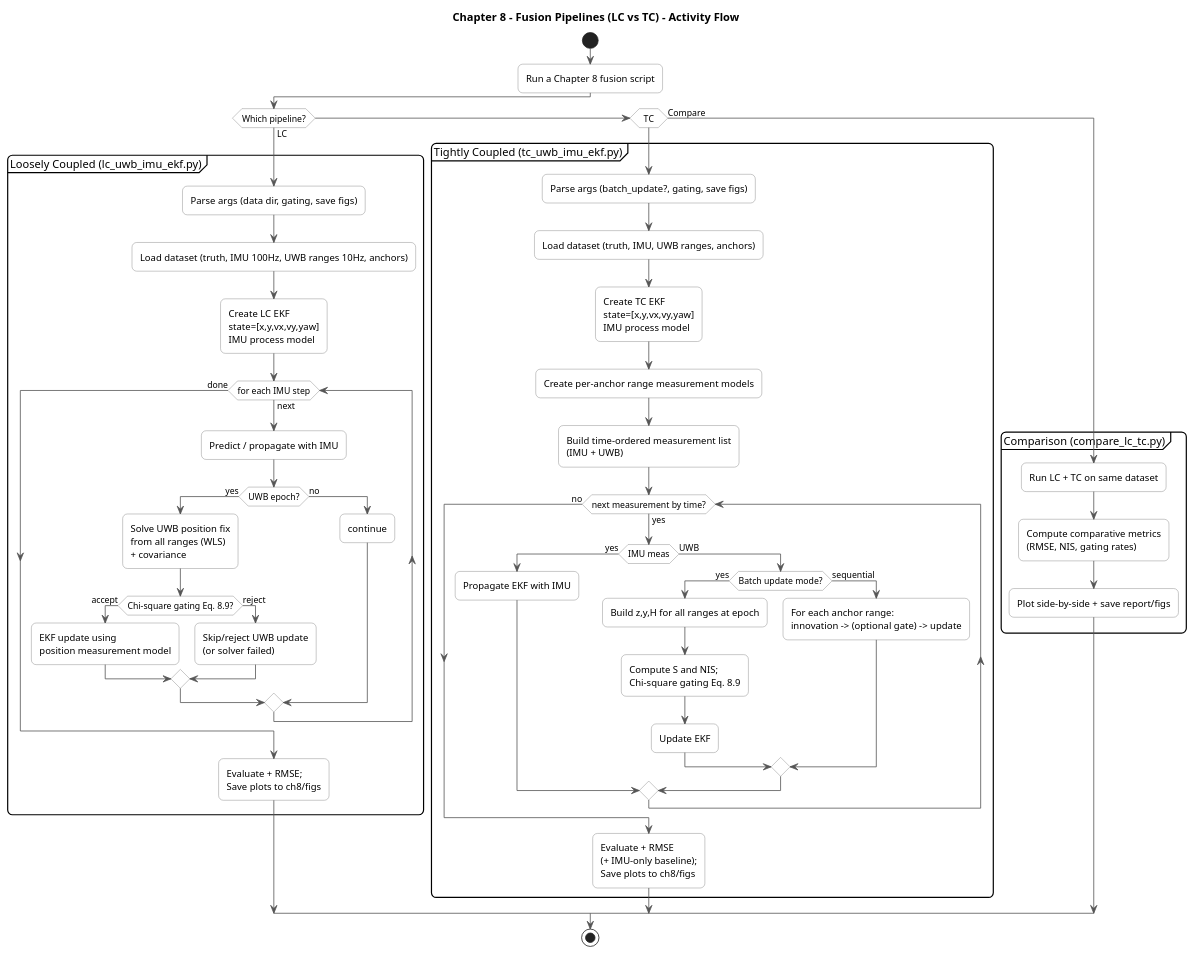
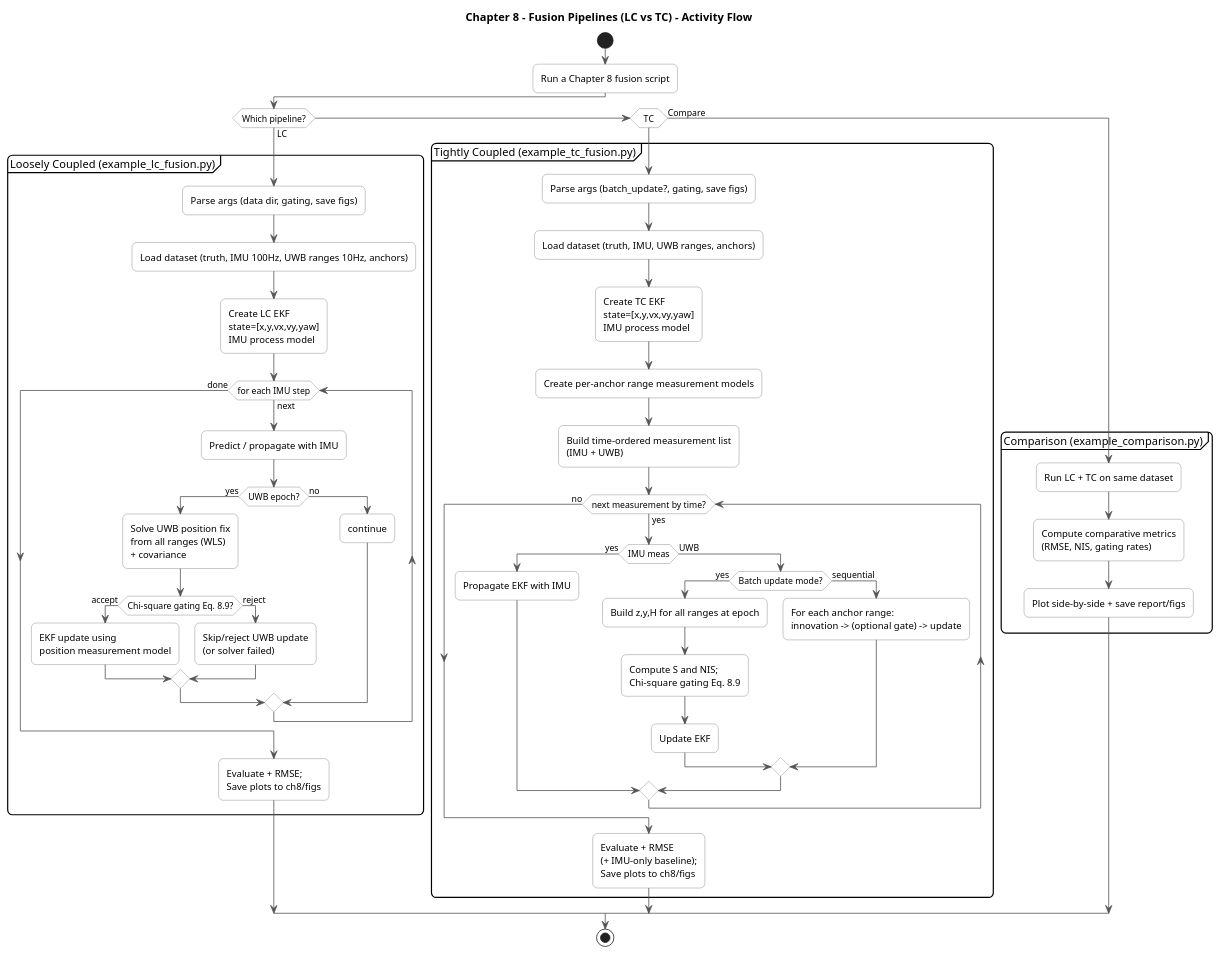
The diagram in docs/architecture/ipin_ch8_fusion_pipelines_activity.puml (IPNL-POLYU/IPIN-Examples), drawn with PlantUML before and after one commit. The commit also changed 38 other files, not shown here.

```diff
--- a/docs/architecture/ipin_ch8_fusion_pipelines_activity.puml
+++ b/docs/architecture/ipin_ch8_fusion_pipelines_activity.puml
@@ -1,63 +1,63 @@
 @startuml
 title Chapter 8 – Fusion Pipelines (LC vs TC) – Activity Flow
 skinparam shadowing false
 skinparam roundcorner 12
 skinparam activity {
   BackgroundColor white
   BorderColor #777777
   ArrowColor #555555
 }
 
 start
 :Run a Chapter 8 fusion script;
 if (Which pipeline?) then (LC)
-  partition "Loosely Coupled (lc_uwb_imu_ekf.py)" {
+  partition "Loosely Coupled (example_lc_fusion.py)" {
     :Parse args (data dir, gating, save figs);
     :Load dataset (truth, IMU 100Hz, UWB ranges 10Hz, anchors);
     :Create LC EKF\nstate=[x,y,vx,vy,yaw]\nIMU process model;
     while (for each IMU step) is (next)
       :Predict / propagate with IMU;
       if (UWB epoch?) then (yes)
         :Solve UWB position fix\nfrom all ranges (WLS)\n+ covariance;
         if (Chi-square gating Eq. 8.9?) then (accept)
           :EKF update using\nposition measurement model;
         else (reject)
           :Skip/reject UWB update\n(or solver failed);
         endif
       else (no)
         :continue;
       endif
     endwhile (done)
     :Evaluate + RMSE;\nSave plots to ch8/figs;
   }
 elseif (TC)
-  partition "Tightly Coupled (tc_uwb_imu_ekf.py)" {
+  partition "Tightly Coupled (example_tc_fusion.py)" {
     :Parse args (batch_update?, gating, save figs);
     :Load dataset (truth, IMU, UWB ranges, anchors);
     :Create TC EKF\nstate=[x,y,vx,vy,yaw]\nIMU process model;
     :Create per-anchor range measurement models;
     :Build time-ordered measurement list\n(IMU + UWB);
     while (next measurement by time?) is (yes)
       if (IMU meas) then (yes)
         :Propagate EKF with IMU;
       else (UWB)
         if (Batch update mode?) then (yes)
           :Build z,y,H for all ranges at epoch;
           :Compute S and NIS;\nChi-square gating Eq. 8.9;
           :Update EKF;
         else (sequential)
           :For each anchor range:\ninnovation -> (optional gate) -> update;
         endif
       endif
     endwhile (no)
     :Evaluate + RMSE\n(+ IMU-only baseline);\nSave plots to ch8/figs;
   }
 else (Compare)
-  partition "Comparison (compare_lc_tc.py)" {
+  partition "Comparison (example_comparison.py)" {
     :Run LC + TC on same dataset;
     :Compute comparative metrics\n(RMSE, NIS, gating rates);
     :Plot side-by-side + save report/figs;
   }
 endif
 stop
 @enduml
```
